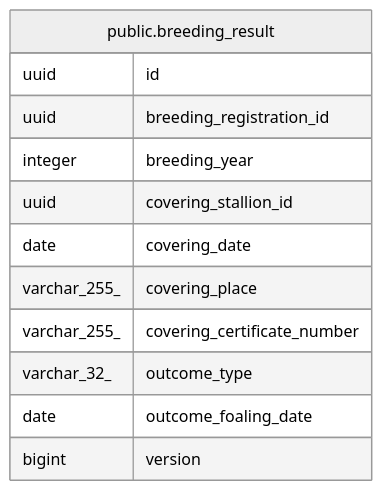
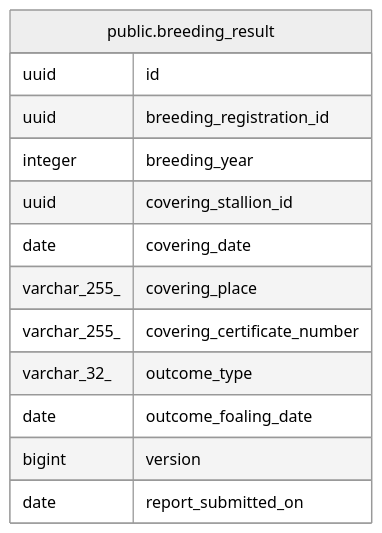
Before and after one commit to ptiringo/toy-box: the diagram in dbdoc/public.breeding_result.md, drawn with Mermaid (neutral theme). The commit also changed other lines of this file and 5 other files, not shown here.

````diff
--- a/dbdoc/public.breeding_result.md
+++ b/dbdoc/public.breeding_result.md
@@ -39,17 +41,18 @@
 ```mermaid
 erDiagram
 
 
 "public.breeding_result" {
   uuid id
   uuid breeding_registration_id
   integer breeding_year
   uuid covering_stallion_id
   date covering_date
   varchar_255_ covering_place
   varchar_255_ covering_certificate_number
   varchar_32_ outcome_type
   date outcome_foaling_date
   bigint version
+  date report_submitted_on
 }
 ```
````
